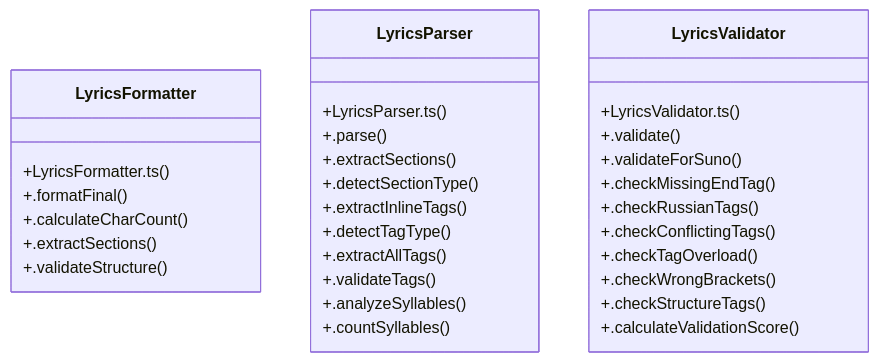
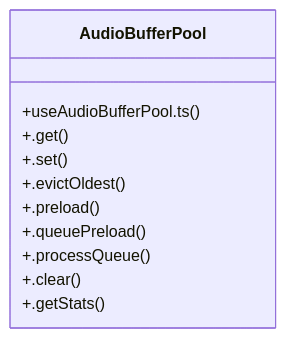
The diagram in graphify-out/wiki/Lyrics_Processing.md (HOW2AI-AGENCY/aimusicverse), drawn with Mermaid before and after one commit. The commit also changed other lines of this file and 677 other files, not shown here.

Commit message:
docs: generate comprehensive project wiki and structural graph documentation

````diff
--- a/graphify-out/wiki/Lyrics_Processing.md
+++ b/graphify-out/wiki/Lyrics_Processing.md
@@ -36,34 +36,14 @@
 ```mermaid
 classDiagram
-    class LyricsFormatter {
-        +LyricsFormatter.ts()
-        +.formatFinal()
-        +.calculateCharCount()
-        +.extractSections()
-        +.validateStructure()
-    }
-    class LyricsParser {
-        +LyricsParser.ts()
-        +.parse()
-        +.extractSections()
-        +.detectSectionType()
-        +.extractInlineTags()
-        +.detectTagType()
-        +.extractAllTags()
-        +.validateTags()
-        +.analyzeSyllables()
-        +.countSyllables()
-    }
-    class LyricsValidator {
-        +LyricsValidator.ts()
-        +.validate()
-        +.validateForSuno()
-        +.checkMissingEndTag()
-        +.checkRussianTags()
-        +.checkConflictingTags()
-        +.checkTagOverload()
-        +.checkWrongBrackets()
-        +.checkStructureTags()
-        +.calculateValidationScore()
+    class AudioBufferPool {
+        +useAudioBufferPool.ts()
+        +.get()
+        +.set()
+        +.evictOldest()
+        +.preload()
+        +.queuePreload()
+        +.processQueue()
+        +.clear()
+        +.getStats()
     }
 ```
````
